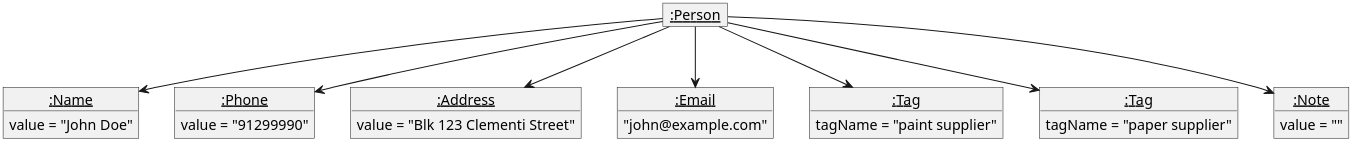
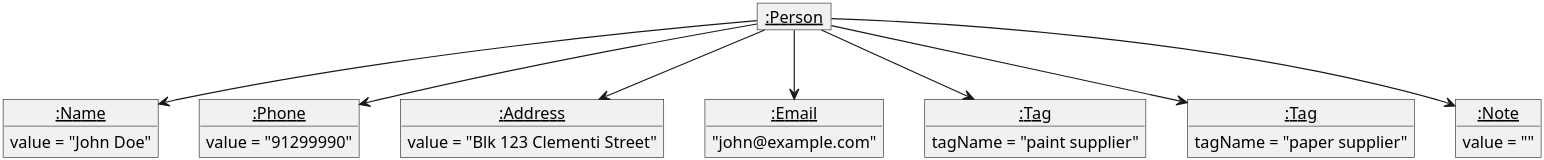
One commit to AY2425S2-CS2103T-W13-4/tp changed the diagram in diagrams/PersonObjectDiagram.puml. Above: the diagram before and after it, drawn with PlantUML. The commit also changed 23 other files, not shown here.

```diff
--- a/diagrams/PersonObjectDiagram.puml
+++ b/diagrams/PersonObjectDiagram.puml
@@ -1,37 +1,37 @@
 @startuml
 
-scale 3.5
+scale 800 height
 
 object "<u>:Person" as Person
 object "<u>:Address" as Address
 
 object "<u>:Email" as Email
 object "<u>:Name" as Name
 object "<u>:Phone" as Phone
 object "<u>:Tag" as FirstTag
 object "<u>:Tag" as SecondTag
 object "<u>:Note" as Note
 
 Person --> Name
 Person --> Phone
 Person --> Email
 Person --> Address
 Person --> FirstTag
 Person --> SecondTag
 Person --> Note
 
 hide Person members
 
 Name -[hidden]right-> Phone
 Phone -[hidden]right-> Address
 Address -[hidden]right-> Email
 
 
 Phone : value = "91299990"
 Name : value = "John Doe"
 Address : value = "Blk 123 Clementi Street"
 Email : "john@example.com"
 FirstTag : tagName = "paint supplier"
 SecondTag : tagName = "paper supplier"
 Note : value = ""
 @enduml
```
